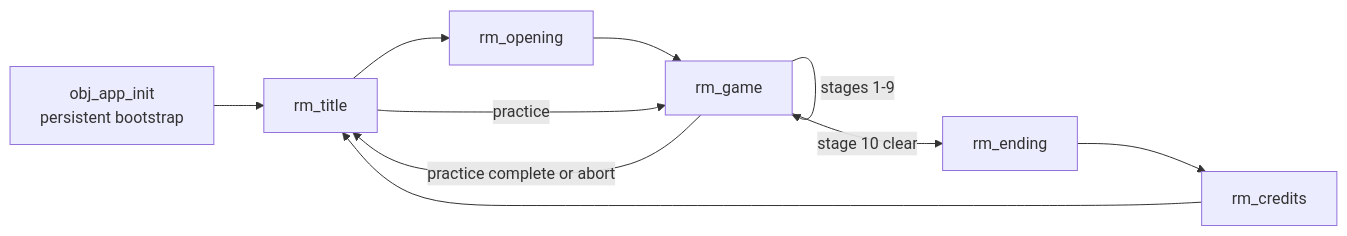
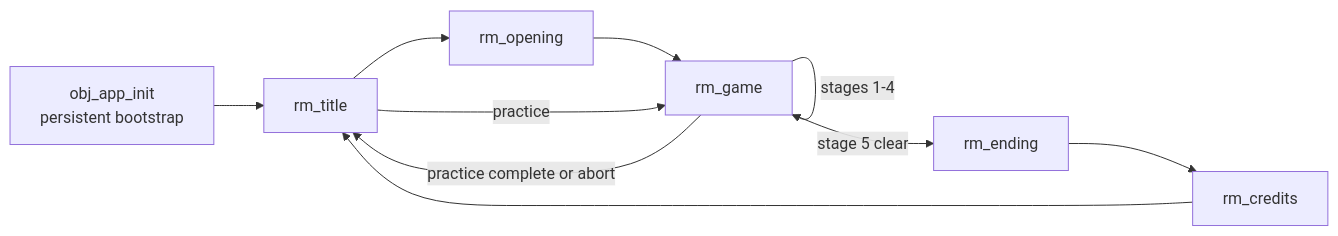
One commit to magicalfeyfenny/selkies-moon changed the diagram in docs/ARCHITECTURE.md. Above: the diagram before and after it, drawn with Mermaid. The commit also changed other lines of this file and 1160 other files, not shown here.

```diff
--- a/docs/ARCHITECTURE.md
+++ b/docs/ARCHITECTURE.md
@@ -7,12 +7,12 @@
 ~~~mermaid
 flowchart LR
     Boot["obj_app_init<br/>persistent bootstrap"] --> Title["rm_title"]
     Title --> Opening["rm_opening"]
     Opening --> Game["rm_game"]
-    Game -->|stages 1-9| Game
-    Game -->|stage 10 clear| Ending["rm_ending"]
+    Game -->|stages 1-4| Game
+    Game -->|stage 5 clear| Ending["rm_ending"]
     Ending --> Credits["rm_credits"]
     Credits --> Title
     Title -->|practice| Game
     Game -->|practice complete or abort| Title
 ~~~
```
